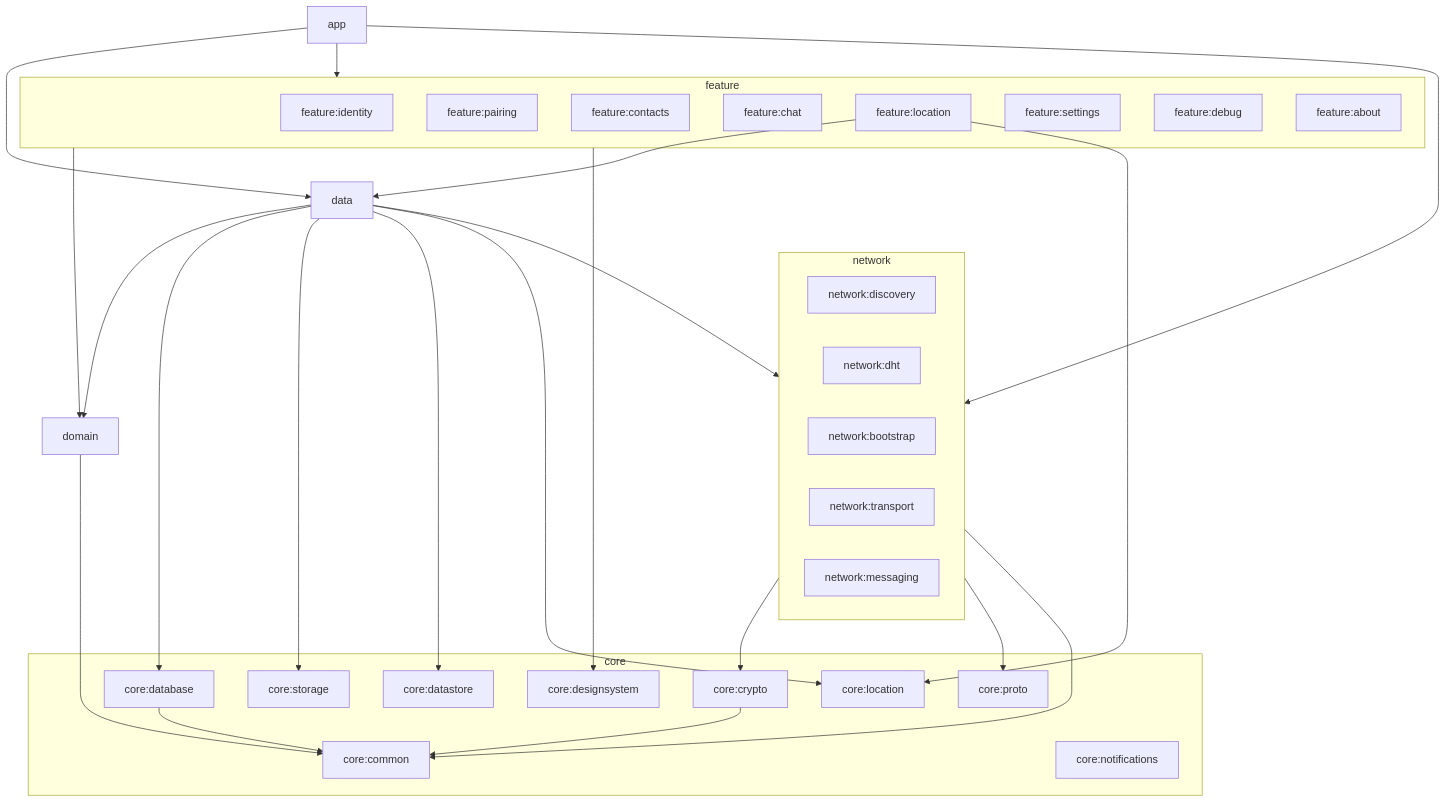
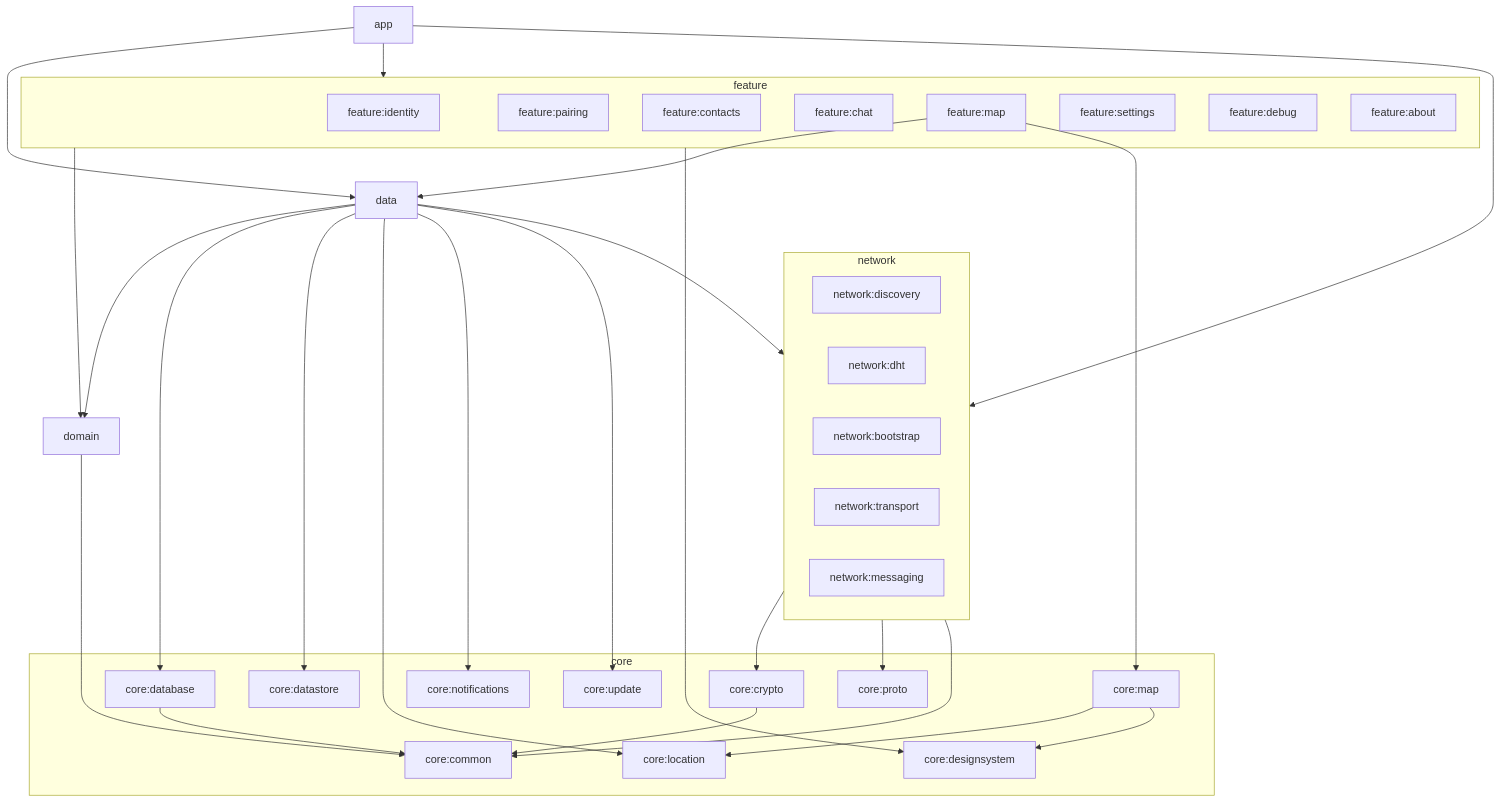
Before and after one commit to 0xAsghar/vMessenger: the diagram in docs/FolderStructure.md, drawn with Mermaid. The commit also changed other lines of this file and 68 other files, not shown here.

````diff
--- a/docs/FolderStructure.md
+++ b/docs/FolderStructure.md
@@ -20,58 +20,62 @@
 ```mermaid
 flowchart TD
   app["app"]
 
   subgraph featureLayer [feature]
     fIdentity["feature:identity"]
     fPairing["feature:pairing"]
     fContacts["feature:contacts"]
     fChat["feature:chat"]
-    fLocation["feature:location"]
+    fMap["feature:map"]
     fSettings["feature:settings"]
     fDebug["feature:debug"]
     fAbout["feature:about"]
   end
 
   domain["domain"]
   data["data"]
 
   subgraph networkLayer [network]
     nDisc["network:discovery"]
     nDht["network:dht"]
     nBoot["network:bootstrap"]
     nTrans["network:transport"]
     nMsg["network:messaging"]
   end
 
   subgraph coreLayer [core]
     cCommon["core:common"]
     cCrypto["core:crypto"]
     cProto["core:proto"]
     cDb["core:database"]
-    cStore["core:storage"]
     cData2["core:datastore"]
     cLoc["core:location"]
+    cMap["core:map"]
     cNotif["core:notifications"]
     cDesign["core:designsystem"]
+    cUpdate["core:update"]
   end
 
   app --> featureLayer
   app --> data
   app --> networkLayer
   featureLayer --> domain
   featureLayer --> cDesign
   data --> domain
   data --> networkLayer
   data --> cDb
-  data --> cStore
   data --> cData2
   data --> cLoc
-  fLocation --> data
-  fLocation --> cLoc
+  data --> cNotif
+  fMap --> data
+  fMap --> cMap
+  cMap --> cLoc
+  cMap --> cDesign
+  data --> cUpdate
   networkLayer --> cCrypto
   networkLayer --> cProto
   networkLayer --> cCommon
   cDb --> cCommon
   cCrypto --> cCommon
   domain --> cCommon
 ```
````
